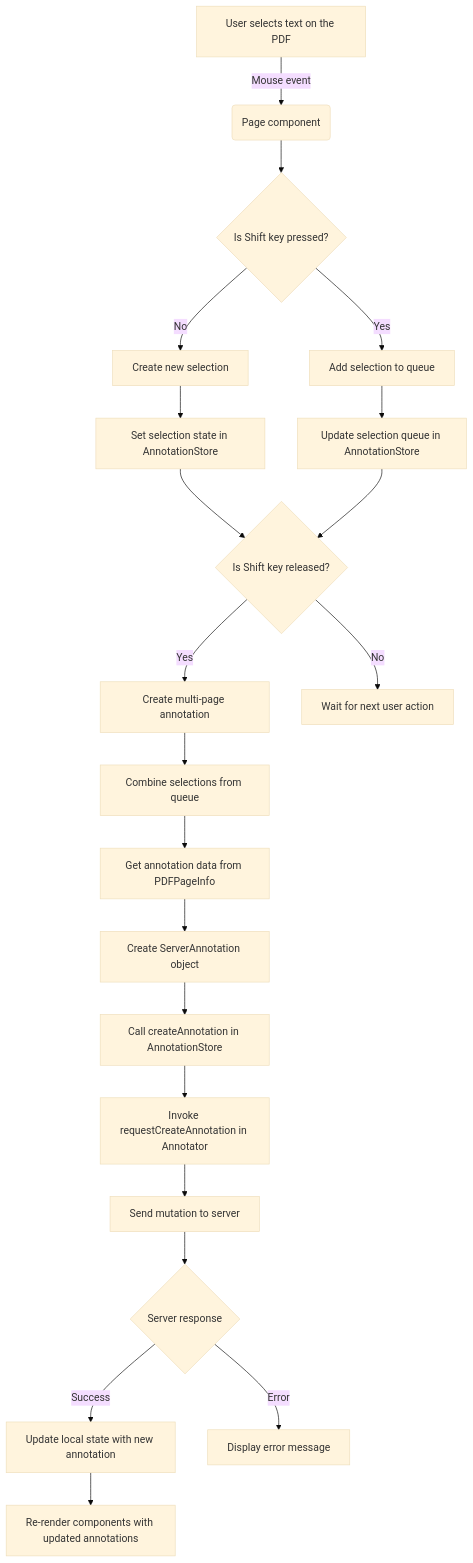
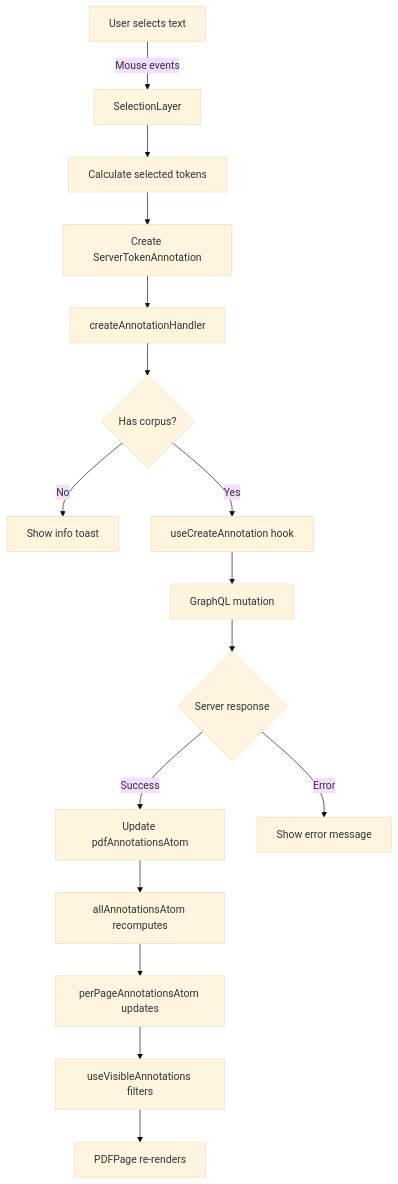
The diagram in docs/architecture/components/annotator/current-state/how-annotations-are-created.md (baichuanping/OpenContracts), drawn with Mermaid (base theme) before and after one commit. The commit also changed other lines of this file and 46 other files, not shown here.

````diff
--- a/docs/architecture/components/annotator/current-state/how-annotations-are-created.md
+++ b/docs/architecture/components/annotator/current-state/how-annotations-are-created.md
@@ -24,23 +50,18 @@
 ```mermaid
 graph TD
-    A[User selects text on the PDF] -->|Mouse event| B(Page component)
-    B --> C{Is Shift key pressed?}
-    C -->|No| D[Create new selection]
-    C -->|Yes| E[Add selection to queue]
-    D --> F[Set selection state in AnnotationStore]
-    E --> G[Update selection queue in AnnotationStore]
-    F --> H{Is Shift key released?}
-    G --> H
-    H -->|Yes| I[Create multi-page annotation]
-    H -->|No| J[Wait for next user action]
-    I --> K[Combine selections from queue]
-    K --> L[Get annotation data from PDFPageInfo]
-    L --> M[Create ServerAnnotation object]
-    M --> N[Call createAnnotation in AnnotationStore]
-    N --> O[Invoke requestCreateAnnotation in Annotator]
-    O --> P[Send mutation to server]
-    P --> Q{Server response}
-    Q -->|Success| R[Update local state with new annotation]
-    Q -->|Error| S[Display error message]
-    R --> T[Re-render components with updated annotations]
+    A[User selects text] -->|Mouse events| B[SelectionLayer]
+    B --> C[Calculate selected tokens]
+    C --> D[Create ServerTokenAnnotation]
+    D --> E[createAnnotationHandler]
+    E --> F{Has corpus?}
+    F -->|No| G[Show info toast]
+    F -->|Yes| H[useCreateAnnotation hook]
+    H --> I[GraphQL mutation]
+    I --> J{Server response}
+    J -->|Success| K[Update pdfAnnotationsAtom]
+    J -->|Error| L[Show error message]
+    K --> M[allAnnotationsAtom recomputes]
+    M --> N[perPageAnnotationsAtom updates]
+    N --> O[useVisibleAnnotations filters]
+    O --> P[PDFPage re-renders]
 ```
````
